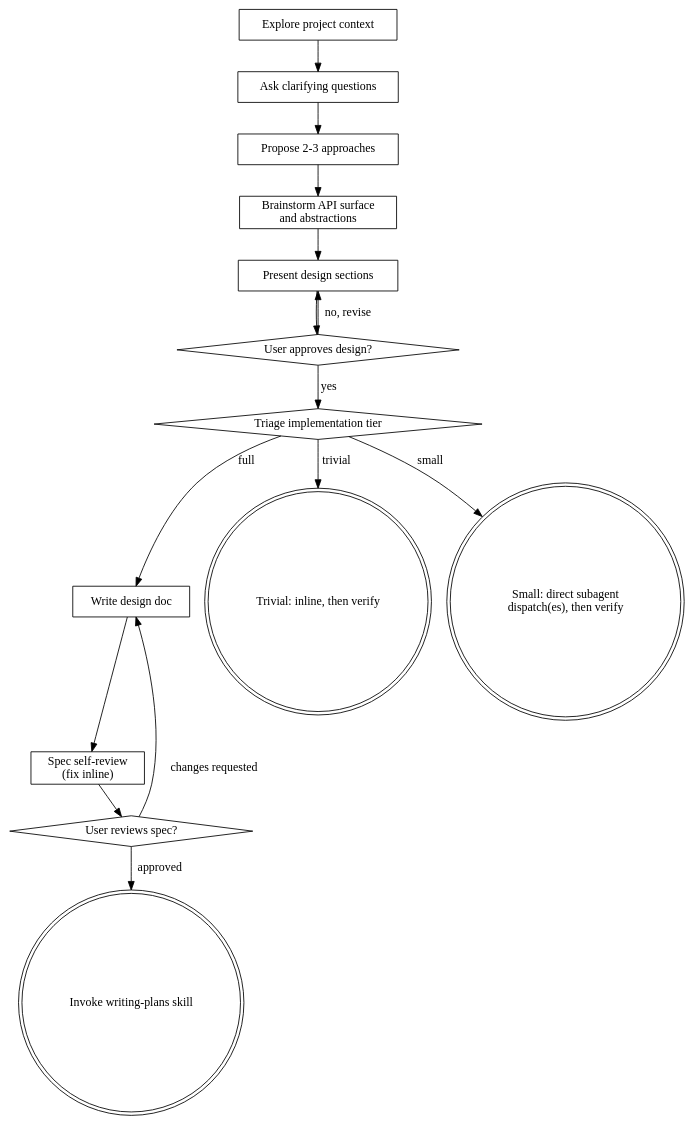
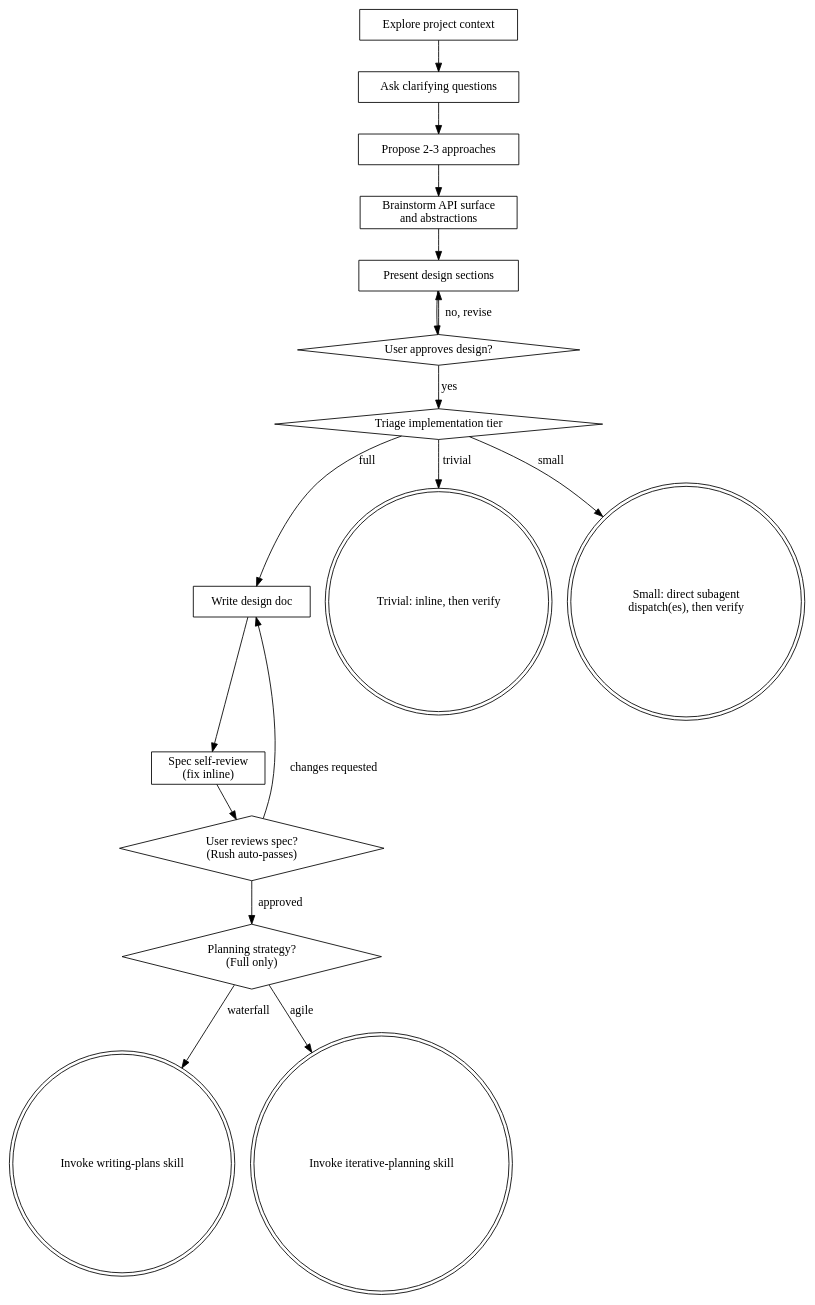
Before and after one commit to nickguletskii/jj-superpowers: the diagram in skills/brainstorming/SKILL.md, drawn with Graphviz. The commit also changed other lines of this file, not shown here.

Commit message:
feat: planning-strategy selection + Rush boundary in brainstorming

````diff
--- a/skills/brainstorming/SKILL.md
+++ b/skills/brainstorming/SKILL.md
@@ -48,32 +48,36 @@
 ```dot
 digraph brainstorming {
     "Explore project context" [shape=box];
     "Ask clarifying questions" [shape=box];
     "Propose 2-3 approaches" [shape=box];
     "Brainstorm API surface\nand abstractions" [shape=box];
     "Present design sections" [shape=box];
     "User approves design?" [shape=diamond];
     "Triage implementation tier" [shape=diamond];
+    "Planning strategy?\n(Full only)" [shape=diamond];
     "Write design doc" [shape=box];
     "Spec self-review\n(fix inline)" [shape=box];
-    "User reviews spec?" [shape=diamond];
+    "User reviews spec?\n(Rush auto-passes)" [shape=diamond];
     "Trivial: inline, then verify" [shape=doublecircle];
     "Small: direct subagent\ndispatch(es), then verify" [shape=doublecircle];
     "Invoke writing-plans skill" [shape=doublecircle];
+    "Invoke iterative-planning skill" [shape=doublecircle];
 
     "Explore project context" -> "Ask clarifying questions";
     "Ask clarifying questions" -> "Propose 2-3 approaches";
     "Propose 2-3 approaches" -> "Brainstorm API surface\nand abstractions";
     "Brainstorm API surface\nand abstractions" -> "Present design sections";
     "Present design sections" -> "User approves design?";
     "User approves design?" -> "Present design sections" [label="no, revise"];
     "User approves design?" -> "Triage implementation tier" [label="yes"];
     "Triage implementation tier" -> "Trivial: inline, then verify" [label="trivial"];
     "Triage implementation tier" -> "Small: direct subagent\ndispatch(es), then verify" [label="small"];
     "Triage implementation tier" -> "Write design doc" [label="full"];
     "Write design doc" -> "Spec self-review\n(fix inline)";
-    "Spec self-review\n(fix inline)" -> "User reviews spec?";
-    "User reviews spec?" -> "Write design doc" [label="changes requested"];
-    "User reviews spec?" -> "Invoke writing-plans skill" [label="approved"];
+    "Spec self-review\n(fix inline)" -> "User reviews spec?\n(Rush auto-passes)";
+    "User reviews spec?\n(Rush auto-passes)" -> "Write design doc" [label="changes requested"];
+    "User reviews spec?\n(Rush auto-passes)" -> "Planning strategy?\n(Full only)" [label="approved"];
+    "Planning strategy?\n(Full only)" -> "Invoke writing-plans skill" [label="waterfall"];
+    "Planning strategy?\n(Full only)" -> "Invoke iterative-planning skill" [label="agile"];
 }
 ```
````
